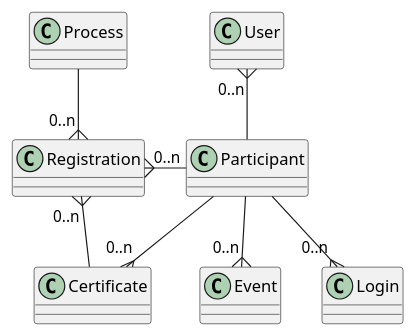
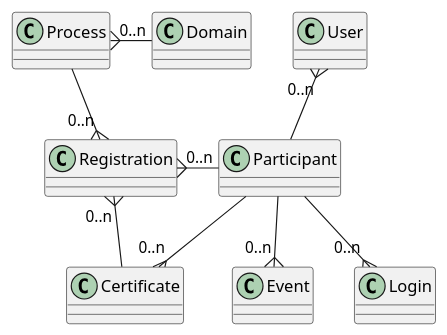
Before and after one commit to anskaffelser/bcp: the diagram in doc/graph/datamodel.puml, drawn with PlantUML. The commit also changed 19 other files, not shown here.

```diff
--- a/doc/graph/datamodel.puml
+++ b/doc/graph/datamodel.puml
@@ -1,19 +1,21 @@
 @startuml
 
 class Certificate
+class Domain
 class Event
 class Login
 class Participant
 class Process
 class Registration
 class User
 
+Domain -left-{ "0..n" Process
 Registration "0..n" }-up- Process
 Registration "0..n" }-right- Participant
 Registration "0..n" }-- Certificate
 User "0..n" }-- Participant
 Participant --{ "0..n" Certificate
 Participant --{ "0..n" Event
 Participant --{ "0..n" Login
 
 @enduml
```
